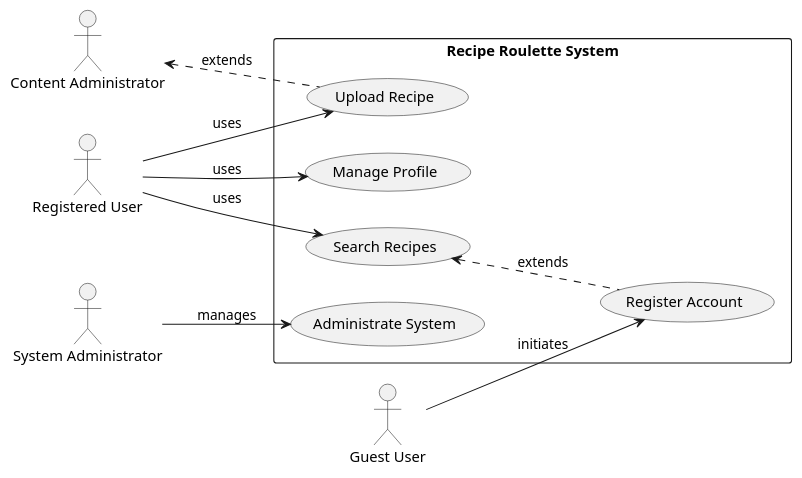
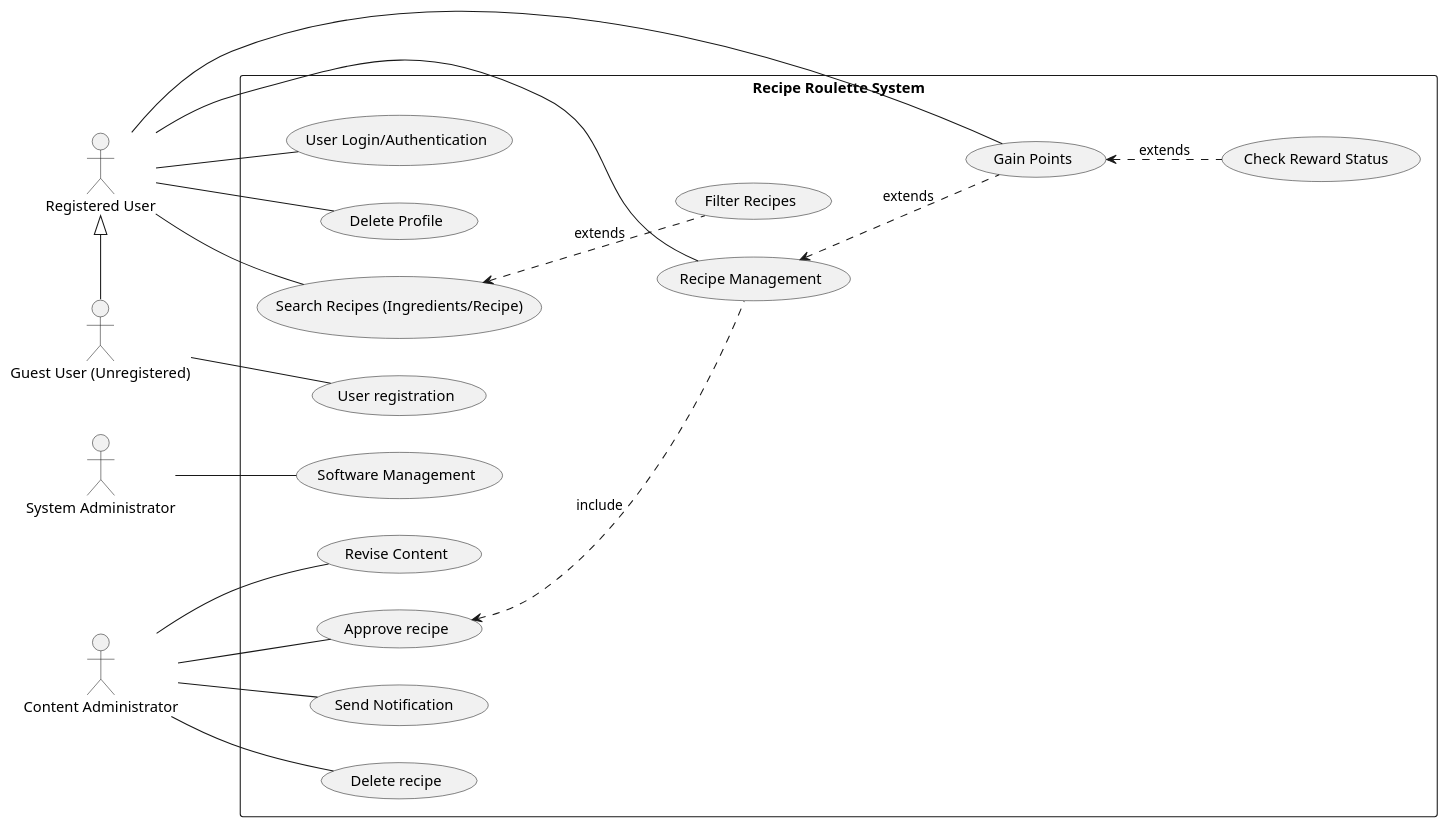
The diagram in DIAGRAMS/usecasediagram.puml (carmensat/RECIPE-ROULETTE), drawn with PlantUML before and after one commit.

```diff
--- a/DIAGRAMS/usecasediagram.puml
+++ b/DIAGRAMS/usecasediagram.puml
@@ -1,27 +1,48 @@
 @startuml
 left to right direction
 skinparam packageStyle rectangle
-actor "Guest User" as Guest
+
+actor "Guest User (Unregistered)" as Guest
 actor "Registered User" as Registered
 actor "System Administrator" as Admin
 actor "Content Administrator" as Cont
 
 rectangle "Recipe Roulette System" {
-	usecase "Register Account" as UC1
-	usecase "Search Recipes" as UC2
-	usecase "Upload Recipe" as UC3
-	usecase "Manage Profile" as UC4
-	usecase "Administrate System" as UC5
+	usecase "User registration" as UC1
+	usecase "User Login/Authentication" as UC2
+	usecase "Delete Profile" as UC3
+	usecase "Search Recipes (Ingredients/Recipe)" as UC4
+	usecase "Filter Recipes" as UC6
+        usecase "Recipe Management" as UC7
+	usecase "Gain Points" as UC8
+	usecase "Check Reward Status " as UC9
+	usecase "Software Management" as UC10
+	usecase "Approve recipe" as UC11
+	usecase "Send Notification " as UC12
+	usecase "Delete recipe" as UC13
+	usecase "Revise Content" as UC14
+
 }
 
-Guest --> UC1 : initiates
-Registered --> UC2 : uses
-Registered --> UC3 : uses
-Registered --> UC4 : uses
-Admin --> UC5 : manages
 
-' Additional relationships can be added to reflect more detailed interactions or extended use cases
-UC1 .u.> UC2 : extends
-UC3 .u.> Cont : extends
+Guest -- UC1
+Registered <|- Guest
 
+Registered -- UC4
+Registered -- UC2
+Registered -- UC3
+Registered -- UC7
+Registered -- UC8
+
+Admin -- UC10
+
+Cont -- UC11
+Cont -- UC12
+Cont -- UC13
+Cont -- UC14
+
+UC6 .u.> UC4 : extends
+UC9 .u.> UC8 : extends
+UC7 .u.> UC11 : include
+UC8 .u.> UC7 : extends
 @enduml
```
